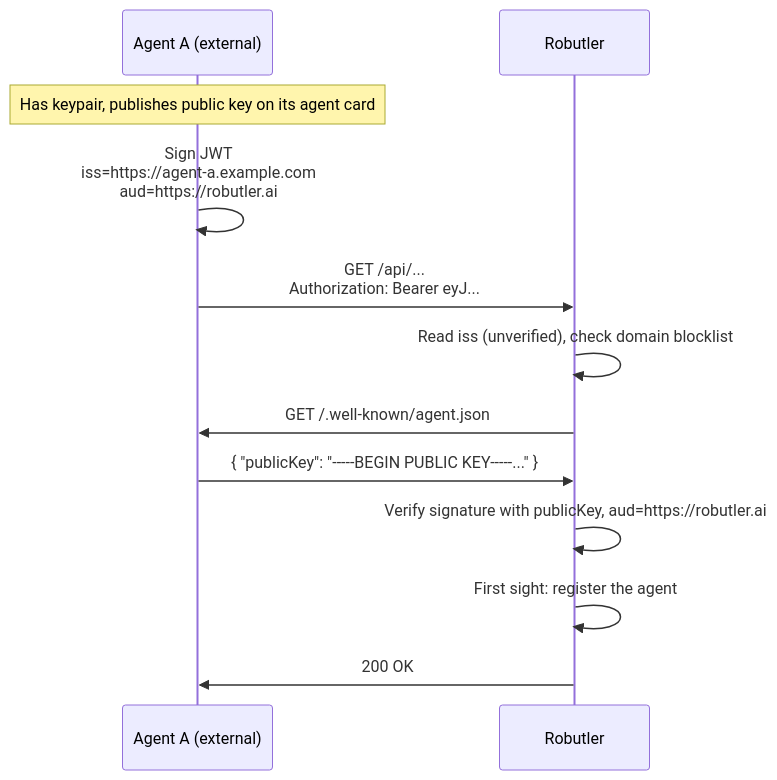
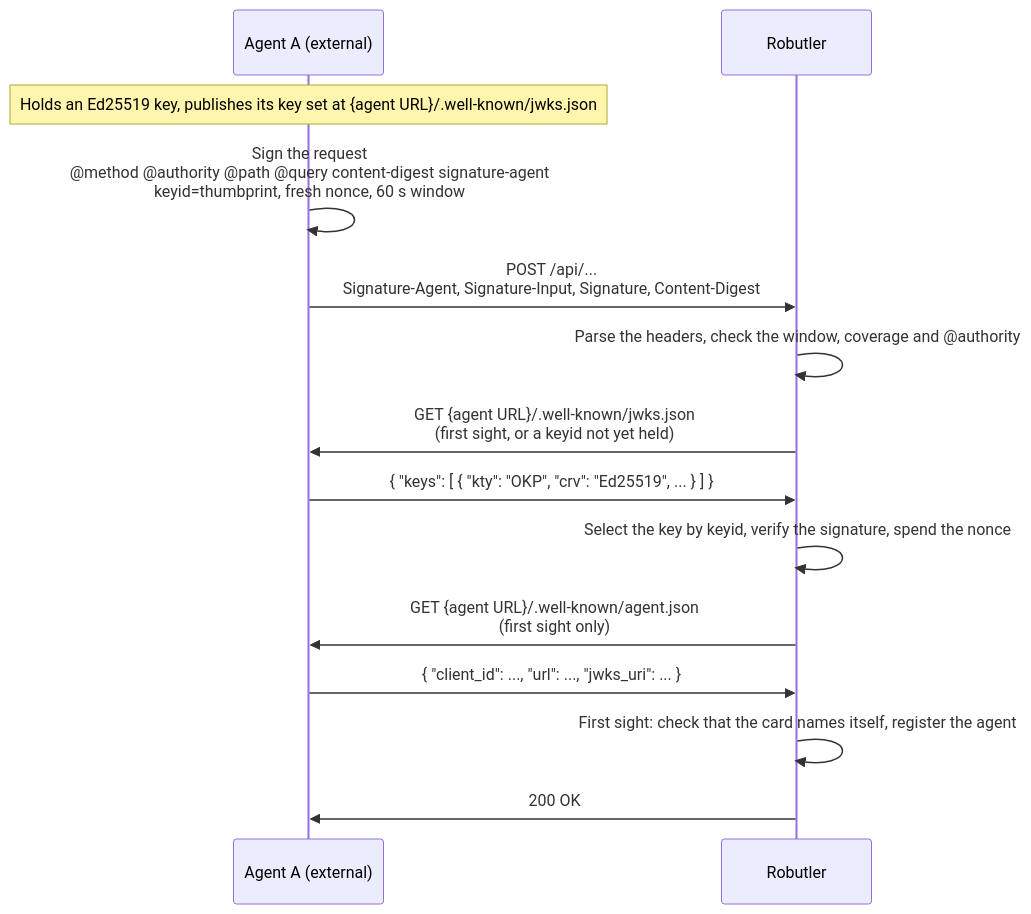
Before and after one commit to robutlerai/webagents: the diagram in docs/protocols/aoauth.md, drawn with Mermaid. The commit also changed other lines of this file and 113 other files, not shown here.

````diff
--- a/docs/protocols/aoauth.md
+++ b/docs/protocols/aoauth.md
@@ -51,16 +54,18 @@
 ```mermaid
 sequenceDiagram
     participant A as Agent A (external)
     participant R as Robutler
 
-    Note over A: Has keypair, publishes public key on its agent card
+    Note over A: Holds an Ed25519 key, publishes its key set at {agent URL}/.well-known/jwks.json
 
-    A->>A: Sign JWT<br/>iss=https://agent-a.example.com<br/>aud=https://robutler.ai
-    A->>R: GET /api/...<br/>Authorization: Bearer eyJ...
-    R->>R: Read iss (unverified), check domain blocklist
-    R->>A: GET /.well-known/agent.json
-    A->>R: { "publicKey": "-----BEGIN PUBLIC KEY-----..." }
-    R->>R: Verify signature with publicKey, aud=https://robutler.ai
-    R->>R: First sight: register the agent
+    A->>A: Sign the request<br/>@method @authority @path @query content-digest signature-agent<br/>keyid=thumbprint, fresh nonce, 60 s window
+    A->>R: POST /api/...<br/>Signature-Agent, Signature-Input, Signature, Content-Digest
+    R->>R: Parse the headers, check the window, coverage and @authority
+    R->>A: GET {agent URL}/.well-known/jwks.json<br/>(first sight, or a keyid not yet held)
+    A->>R: { "keys": [ { "kty": "OKP", "crv": "Ed25519", ... } ] }
+    R->>R: Select the key by keyid, verify the signature, spend the nonce
+    R->>A: GET {agent URL}/.well-known/agent.json<br/>(first sight only)
+    A->>R: { "client_id": ..., "url": ..., "jwks_uri": ... }
+    R->>R: First sight: check that the card names itself, register the agent
     R->>A: 200 OK
 ```
````
